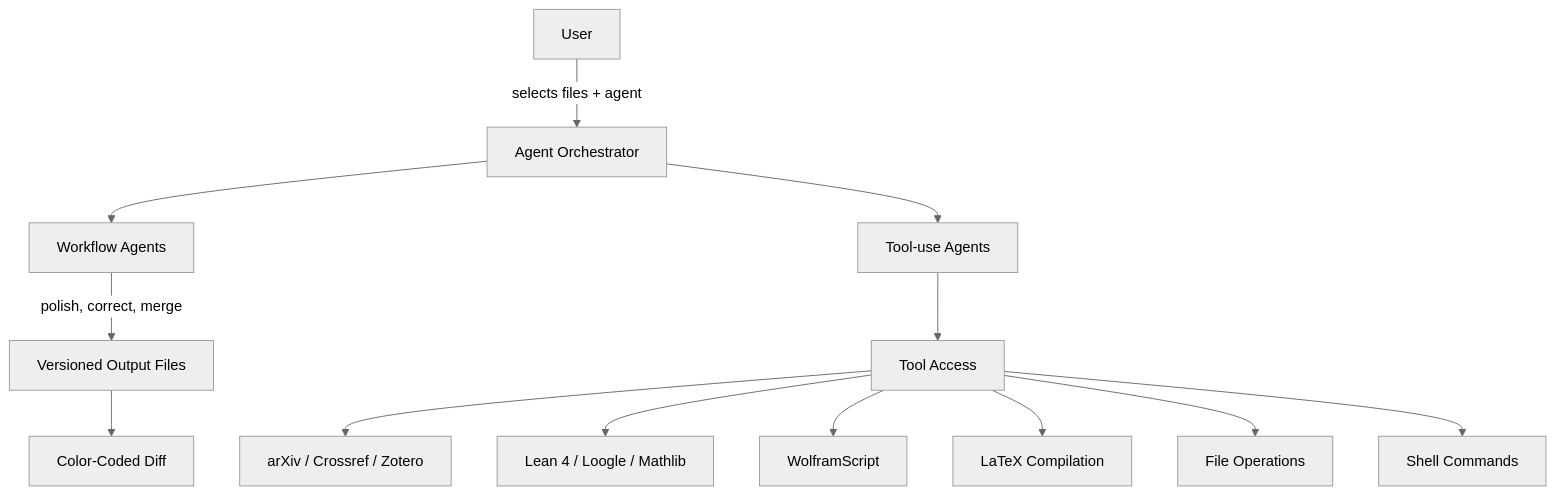
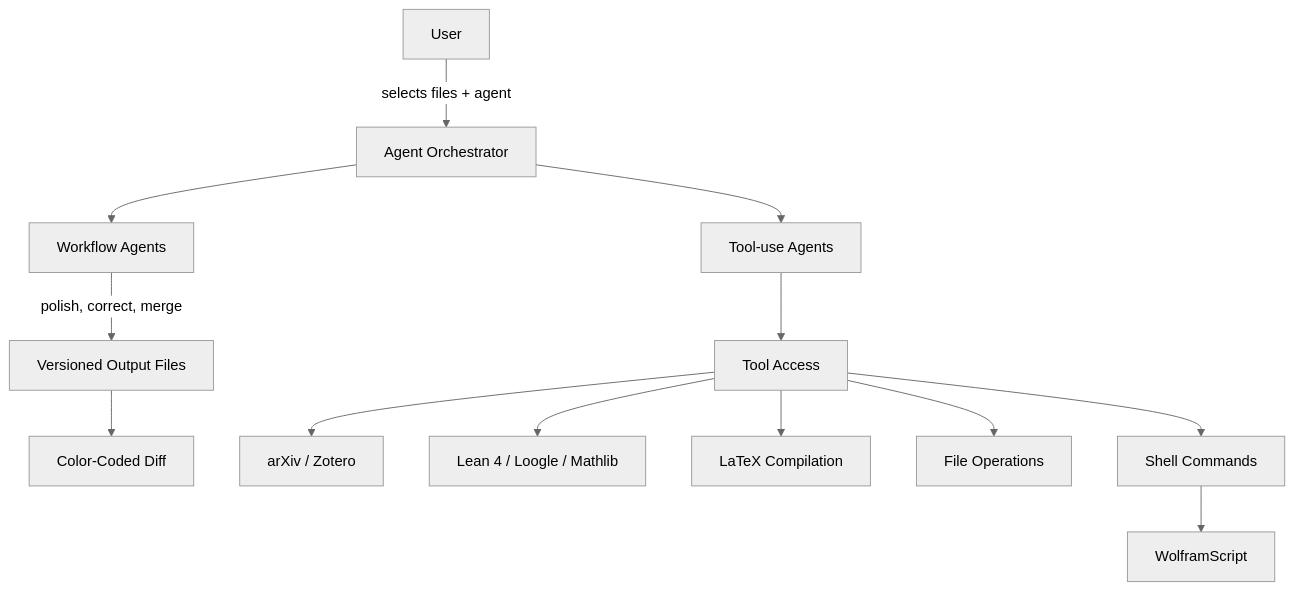
One commit to LionSR/TeXRA changed the diagram in docs/guide/index.md. Above: the diagram before and after it, drawn with Mermaid (neutral theme). The commit also changed 135 other files, not shown here.

First line of the commit message:
feat!: remove outdated tools — todo, Crossref, DOI lookup, texcount, arxiv_metadata, wolfram

````diff
--- a/docs/guide/index.md
+++ b/docs/guide/index.md
@@ -76,17 +76,17 @@
 ```mermaid
 graph TB
     User[User] --> |selects files + agent| Orchestrator[Agent Orchestrator]
     Orchestrator --> WA[Workflow Agents]
     Orchestrator --> IA[Tool-use Agents]
 
     WA --> |polish, correct, merge| Output[Versioned Output Files]
     Output --> Diff[Color-Coded Diff]
 
     IA --> Tools[Tool Access]
-    Tools --> Search[arXiv / Crossref / Zotero]
+    Tools --> Search[arXiv / Zotero]
     Tools --> Lean[Lean 4 / Loogle / Mathlib]
-    Tools --> Wolfram[WolframScript]
     Tools --> Compile[LaTeX Compilation]
     Tools --> FileOps[File Operations]
     Tools --> Shell[Shell Commands]
+    Shell --> Wolfram[WolframScript]
 ```
````
